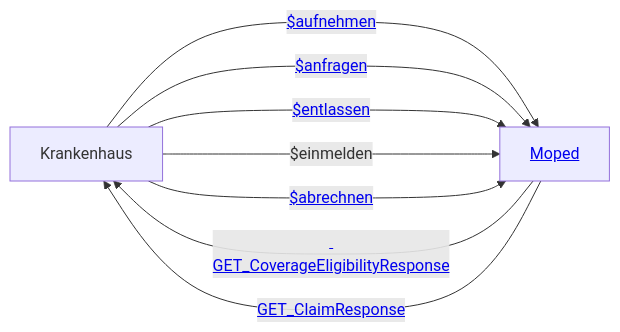
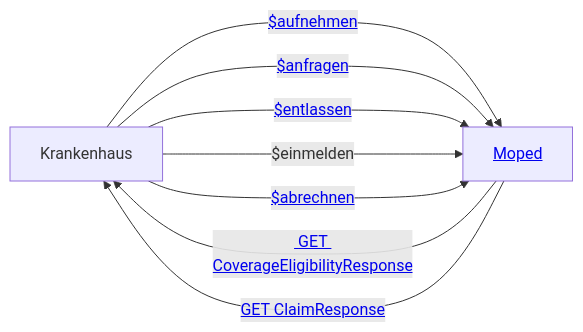
The second of 5 diagrams in input/pagecontent/actors.md (HL7Austria/ELGA-MOPED-R5), drawn with Mermaid before and after one commit. The commit also changed other lines of this file, not shown here.

```diff
--- a/input/pagecontent/actors.md
+++ b/input/pagecontent/actors.md
@@ -45,12 +37,12 @@
-            <pre class="mermaid">
-                graph LR
-                KH[Krankenhaus]
-                Moped[<a href="index.html">Moped</a>] 
-                KH --->|<a href="OperationDefinition-MOPED.Patient.Aufnehmen.html"> $aufnehmen</a>| Moped 
-                KH -->|<a href="OperationDefinition-MOPED.CoverageEligibilityRequest.Anfragen.html"> $anfragen</a>| Moped
-                KH -->|<a href="OperationDefinition-MOPED.Encounter.erfassen.html"> $entlassen</a>| Moped 
-                KH -->|$einmelden| Moped
-                KH -->|<a href="OperationDefinition-MOPED.Encounter.Abrechnen.html"> $abrechnen</a>| Moped
-                Moped -->|<a href="StructureDefinition-MOPEDCoverageEligibilityResponse.html"> GET_CoverageEligibilityResponse</a>| KH
-                Moped --->|<a href="StructureDefinition-MOPEDClaimResponse.html"> GET_ClaimResponse</a>| KH
-            </pre>  
+<pre class="mermaid">
+    graph LR
+    KH[Krankenhaus]
+    Moped[<a href="#top">Moped</a>] 
+    KH --->|<a href="OperationDefinition-MOPED.Patient.Aufnehmen.html"> $aufnehmen</a>| Moped 
+    KH -->|<a href="OperationDefinition-MOPED.CoverageEligibilityRequest.Anfragen.html"> $anfragen</a>| Moped
+    KH -->|<a href="OperationDefinition-MOPED.Encounter.erfassen.html"> $entlassen</a>| Moped 
+    KH -->|$einmelden| Moped
+    KH -->|<a href="OperationDefinition-MOPED.Encounter.Abrechnen.html"> $abrechnen</a>| Moped
+    Moped -->|<a href="StructureDefinition-MOPEDCoverageEligibilityResponse.html"> GET CoverageEligibilityResponse</a>| KH
+    Moped --->|<a href="StructureDefinition-MOPEDClaimResponse.html"> GET ClaimResponse</a>| KH
+</pre>
```
